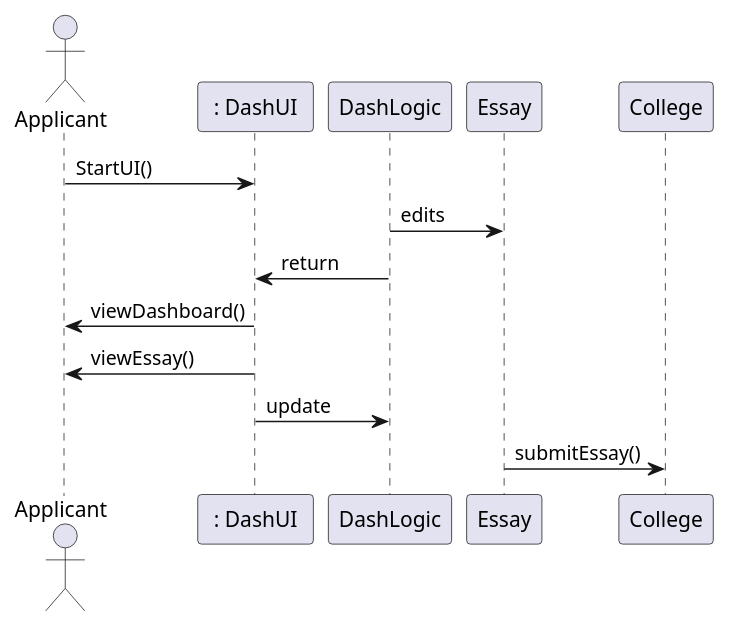
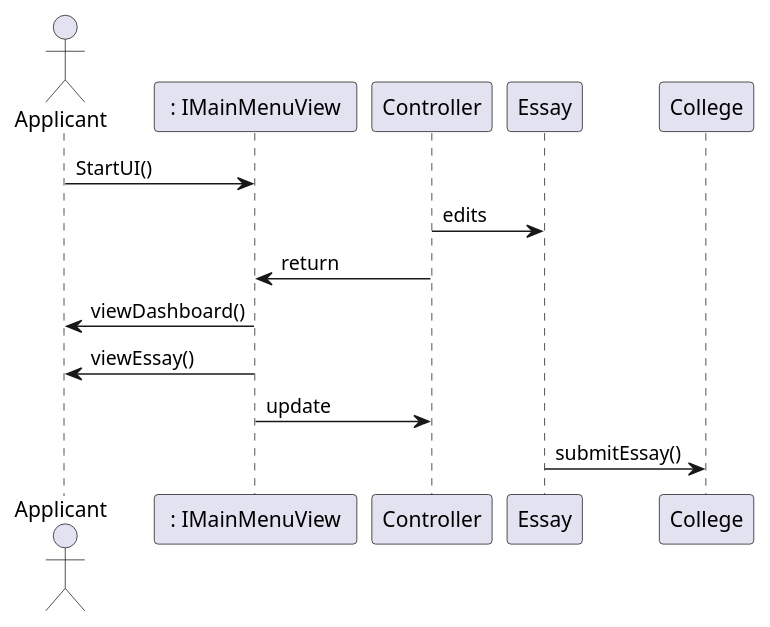
One commit to jlederer33/Essay-Review-App changed the third of 5 diagrams in intellij/doc/design.md. Above: the diagram before and after it, drawn with PlantUML. The commit also changed other lines of this file, not shown here.

Commit message:
DashLogic changed to Controller, DashUI  changed to IMainMenuView and added a class IEssayView.

````diff
--- a/intellij/doc/design.md
+++ b/intellij/doc/design.md
@@ -29,12 +29,12 @@
 ```plantuml
 actor Applicant as applicant
-participant " : DashUI " as DashUI
-applicant-> DashUI : StartUI()
-DashLogic -> Essay : edits
-DashLogic -> DashUI : return
-applicant <- DashUI : viewDashboard()
-applicant <- DashUI : viewEssay()
-DashUI-> DashLogic : update
+participant " : IMainMenuView " as IMainMenuView
+applicant-> IMainMenuView : StartUI()
+Controller -> Essay : edits
+Controller -> IMainMenuView : return
+applicant <- IMainMenuView : viewDashboard()
+applicant <- IMainMenuView : viewEssay()
+IMainMenuView-> Controller : update
 Essay -> College : submitEssay()
 
 ```
````
